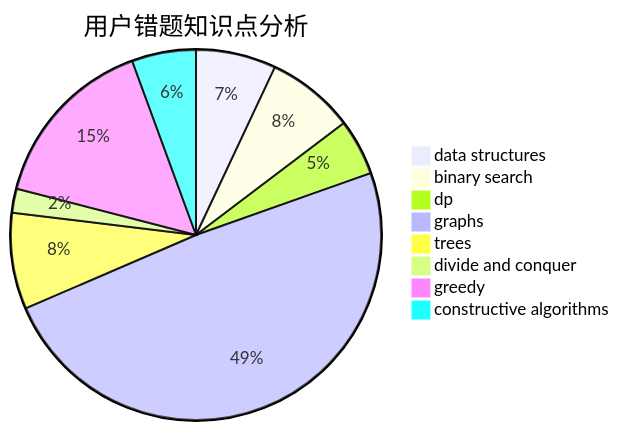
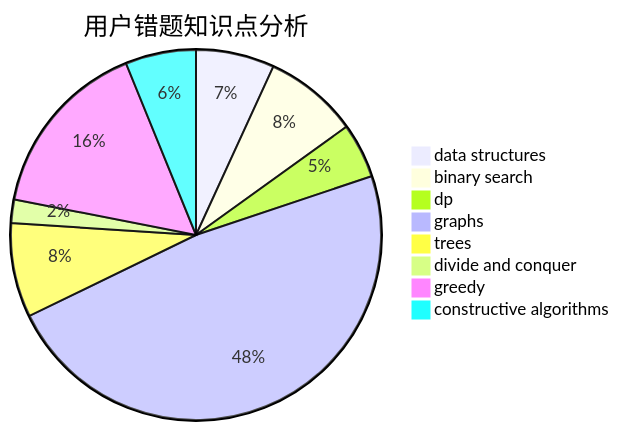
One commit to sherpahu/cfrs.github.io changed the third of 3 diagrams in docs/user/u1011.md. Above: the diagram before and after it, drawn with Mermaid. The commit also changed other lines of this file and 2770 other files, not shown here.

````diff
--- a/docs/user/u1011.md
+++ b/docs/user/u1011.md
@@ -36,11 +36,11 @@
 ```mermaid
 pie title 用户错题知识点分析
     "data structures" :  10
-    "binary search" :  11
+    "binary search" :  12
     "dp" :  7
     "graphs" :  70
     "trees" :  12
     "divide and conquer" :  3
-    "greedy" :  22
-    "constructive algorithms" :  8
+    "greedy" :  23
+    "constructive algorithms" :  9
 ```
````
